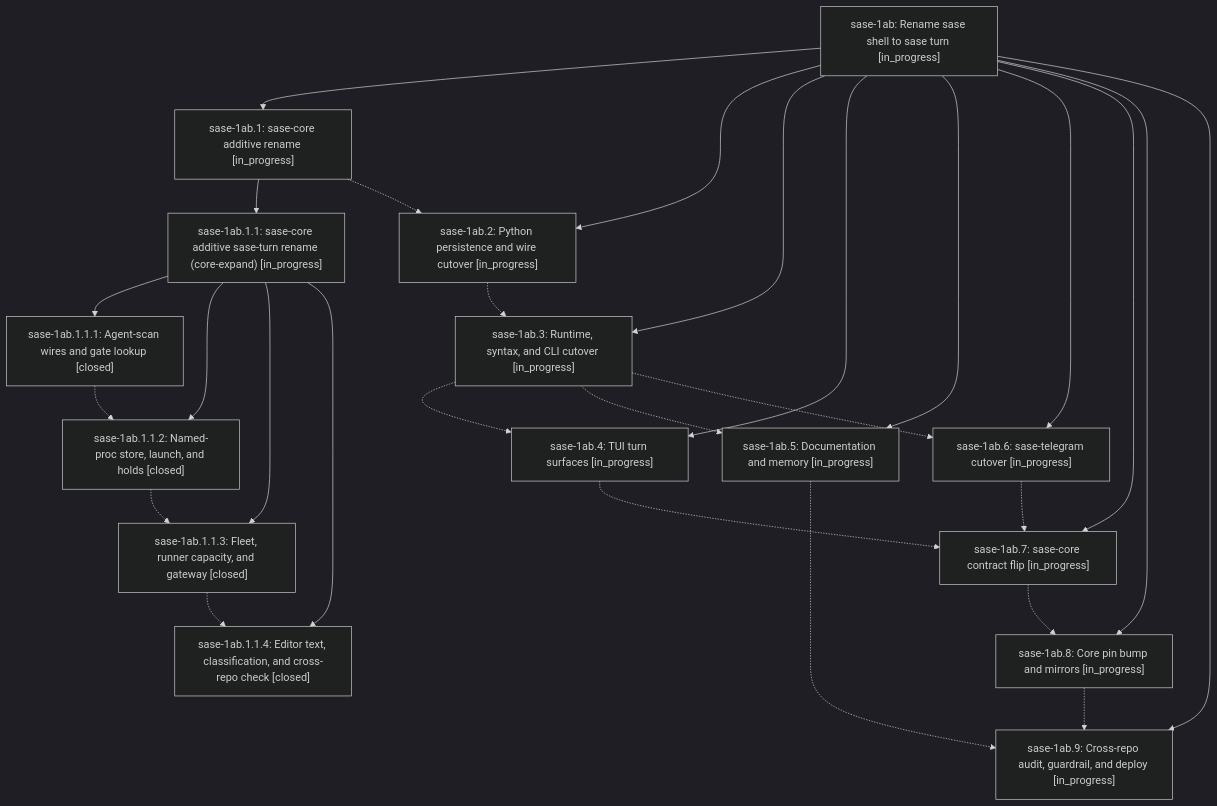
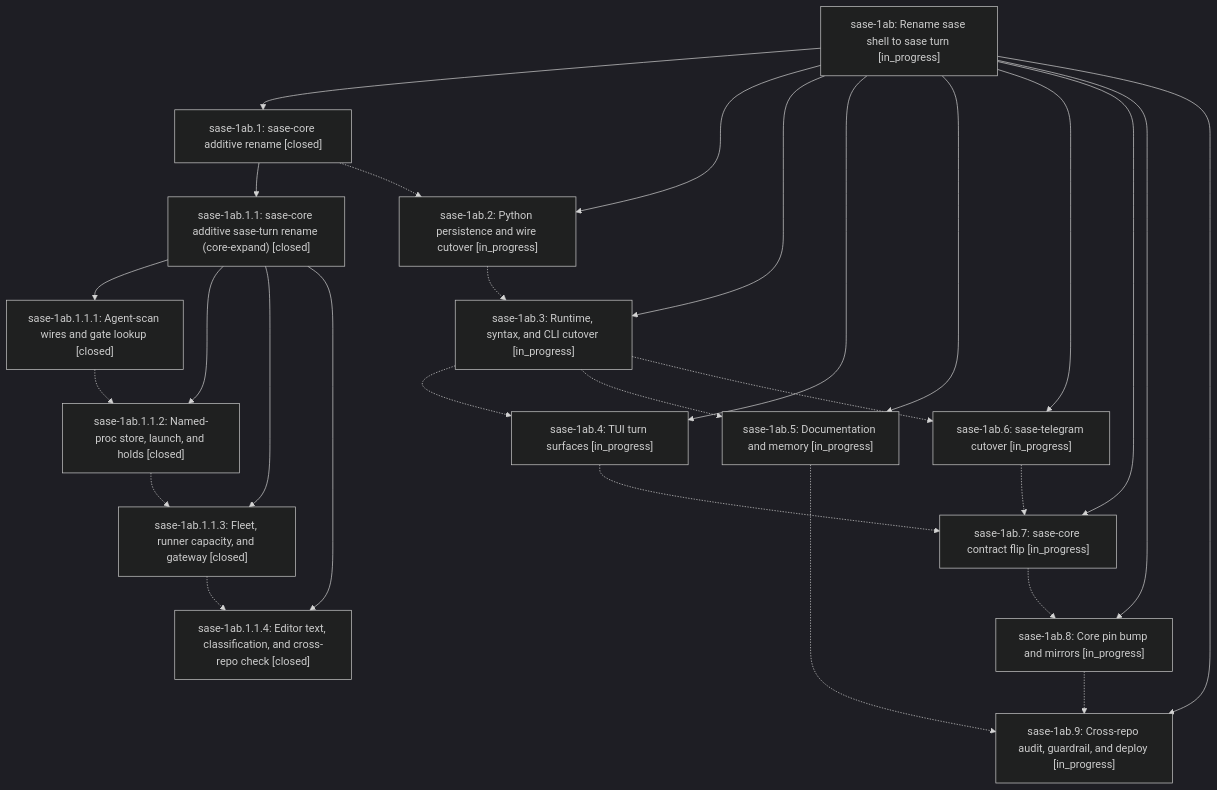
One commit to sase-org/sase--beads changed the diagram in pages/sase-1ab/README.md. Above: the diagram before and after it, drawn with Mermaid (dark theme). The commit also changed other lines of this file and 4 other files, not shown here.

````diff
--- a/pages/sase-1ab/README.md
+++ b/pages/sase-1ab/README.md
@@ -30,45 +30,45 @@
 ```mermaid
 flowchart TD
     n0["sase-1ab: Rename sase shell to sase turn [in_progress]"]
-    n1["sase-1ab.1: sase-core additive rename [in_progress]"]
-    n2["sase-1ab.1.1: sase-core additive sase-turn rename (core-expand) [in_progress]"]
+    n1["sase-1ab.1: sase-core additive rename [closed]"]
+    n2["sase-1ab.1.1: sase-core additive sase-turn rename (core-expand) [closed]"]
     n3["sase-1ab.1.1.1: Agent-scan wires and gate lookup [closed]"]
     n4["sase-1ab.1.1.2: Named-proc store, launch, and holds [closed]"]
     n5["sase-1ab.1.1.3: Fleet, runner capacity, and gateway [closed]"]
     n6["sase-1ab.1.1.4: Editor text, classification, and cross-repo check [closed]"]
     n7["sase-1ab.2: Python persistence and wire cutover [in_progress]"]
     n8["sase-1ab.3: Runtime, syntax, and CLI cutover [in_progress]"]
     n9["sase-1ab.4: TUI turn surfaces [in_progress]"]
     n10["sase-1ab.5: Documentation and memory [in_progress]"]
     n11["sase-1ab.6: sase-telegram cutover [in_progress]"]
     n12["sase-1ab.7: sase-core contract flip [in_progress]"]
     n13["sase-1ab.8: Core pin bump and mirrors [in_progress]"]
     n14["sase-1ab.9: Cross-repo audit, guardrail, and deploy [in_progress]"]
     n0 --> n1
     n1 --> n2
     n2 --> n3
     n2 --> n4
     n2 --> n5
     n2 --> n6
     n0 --> n7
     n0 --> n8
     n0 --> n9
     n0 --> n10
     n0 --> n11
     n0 --> n12
     n0 --> n13
     n0 --> n14
     n1 -.-> n7
     n3 -.-> n4
     n4 -.-> n5
     n5 -.-> n6
     n7 -.-> n8
     n8 -.-> n9
     n8 -.-> n10
     n8 -.-> n11
     n9 -.-> n12
     n10 -.-> n14
     n11 -.-> n12
     n12 -.-> n13
     n13 -.-> n14
 ```
````
